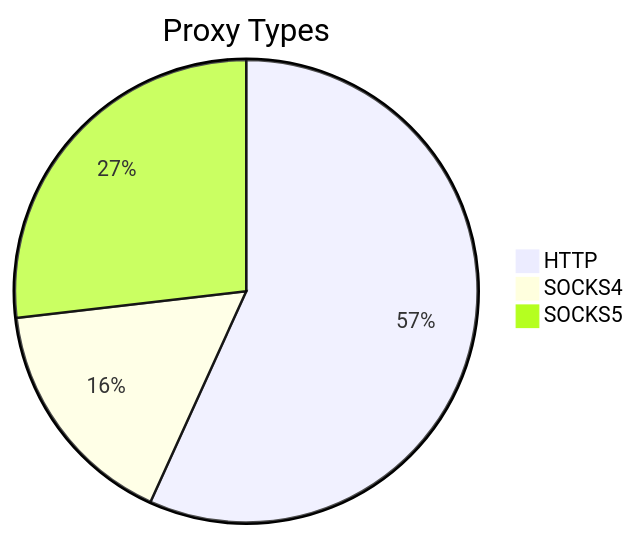
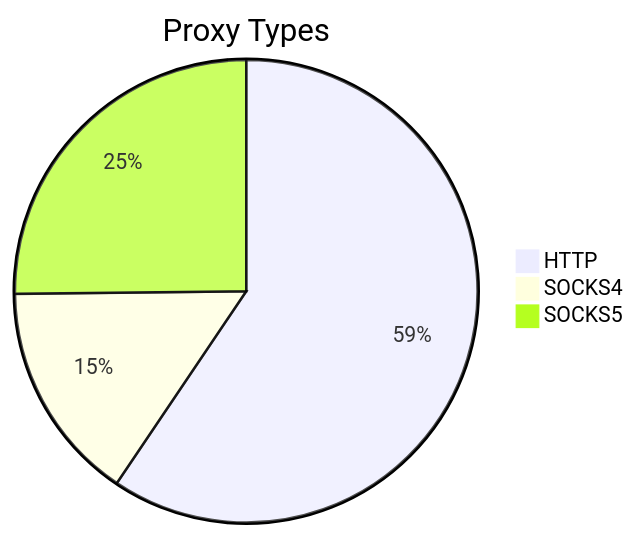
One commit to stormsia/proxy-list changed the first of 2 diagrams in README.md. Above: the diagram before and after it, drawn with Mermaid. The commit also changed other lines of this file, not shown here.

````diff
--- a/README.md
+++ b/README.md
@@ -21,6 +21,6 @@
 ```mermaid
 pie title Proxy Types
-    "HTTP" : 895
-    "SOCKS4" : 258
-    "SOCKS5" : 423
+    "HTTP" : 576
+    "SOCKS4" : 149
+    "SOCKS5" : 244
 ```
````
